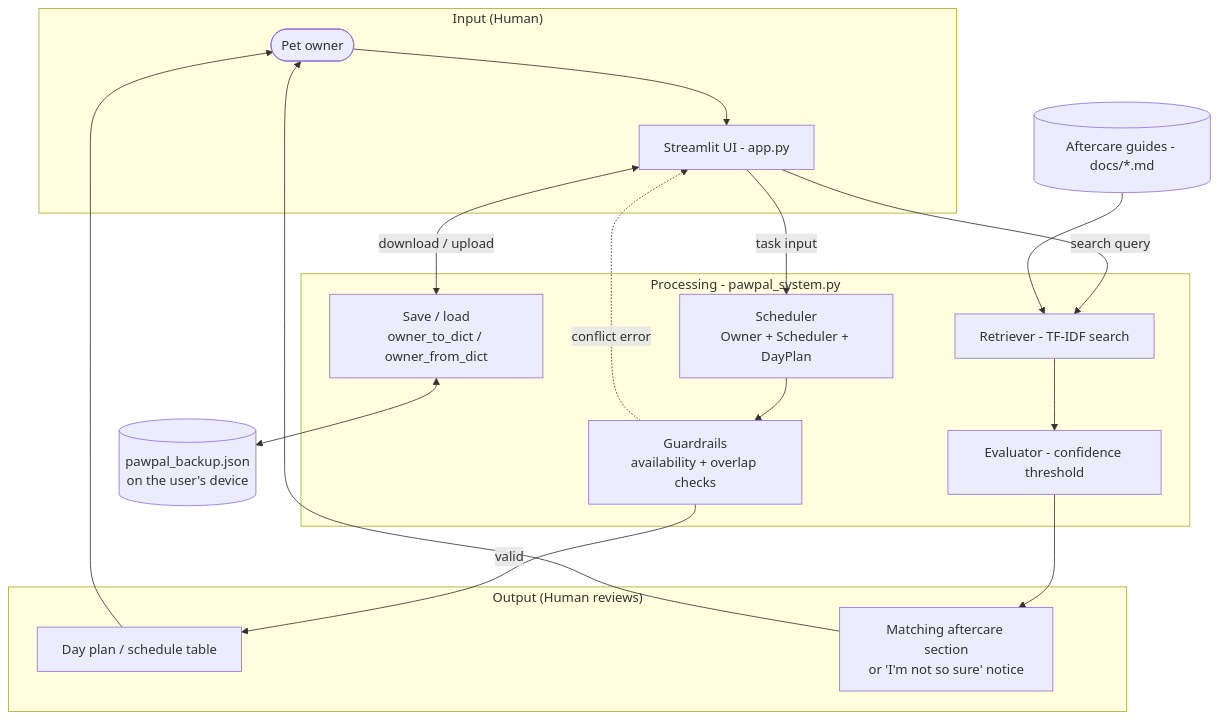
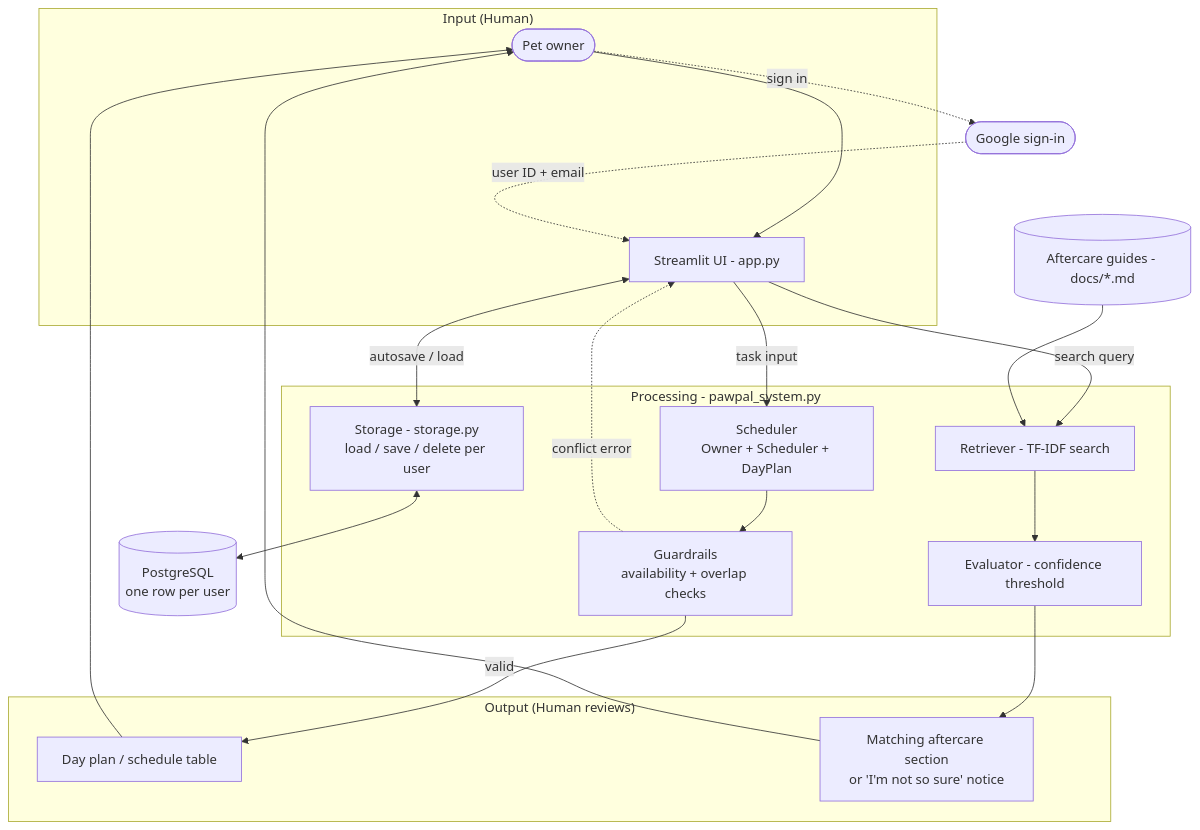
One commit to okayadaa/PawsCare changed the diagram in README.md. Above: the diagram before and after it, drawn with Mermaid. The commit also changed other lines of this file and 7 other files, not shown here.

Commit message:
Add per-user database storage and Google sign-in support

````diff
--- a/README.md
+++ b/README.md
@@ -38,37 +54,40 @@
 ```mermaid
 flowchart TB
     subgraph INPUT["Input (Human)"]
         User(["Pet owner"])
         UI["Streamlit UI - app.py"]
     end
 
     subgraph CORE["Processing - pawpal_system.py"]
         Agent["Scheduler<br/>Owner + Scheduler + DayPlan"]
         Guard["Guardrails<br/>availability + overlap checks"]
         Retriever["Retriever - TF-IDF search"]
         Evaluator["Evaluator - confidence threshold"]
-        Store["Save / load<br/>owner_to_dict / owner_from_dict"]
+        Store["Storage - storage.py<br/>load / save / delete per user"]
     end
 
     Docs[("Aftercare guides - docs/*.md")]
-    Backup[("pawpal_backup.json<br/>on the user's device")]
+    DB[("PostgreSQL<br/>one row per user")]
+    Google(["Google sign-in"])
 
     subgraph OUTPUT["Output (Human reviews)"]
         Plan["Day plan / schedule table"]
         Answer["Matching aftercare section<br/>or 'I'm not so sure' notice"]
     end
 
     User --> UI
     UI -->|task input| Agent
     Agent --> Guard
     Guard -->|valid| Plan
     Guard -.->|conflict error| UI
     UI -->|search query| Retriever
     Docs --> Retriever
     Retriever --> Evaluator
     Evaluator --> Answer
-    UI <-->|download / upload| Store
-    Store <--> Backup
+    User -.->|sign in| Google
+    Google -.->|user ID + email| UI
+    UI <-->|autosave / load| Store
+    Store <--> DB
     Plan --> User
     Answer --> User
 ```
````
